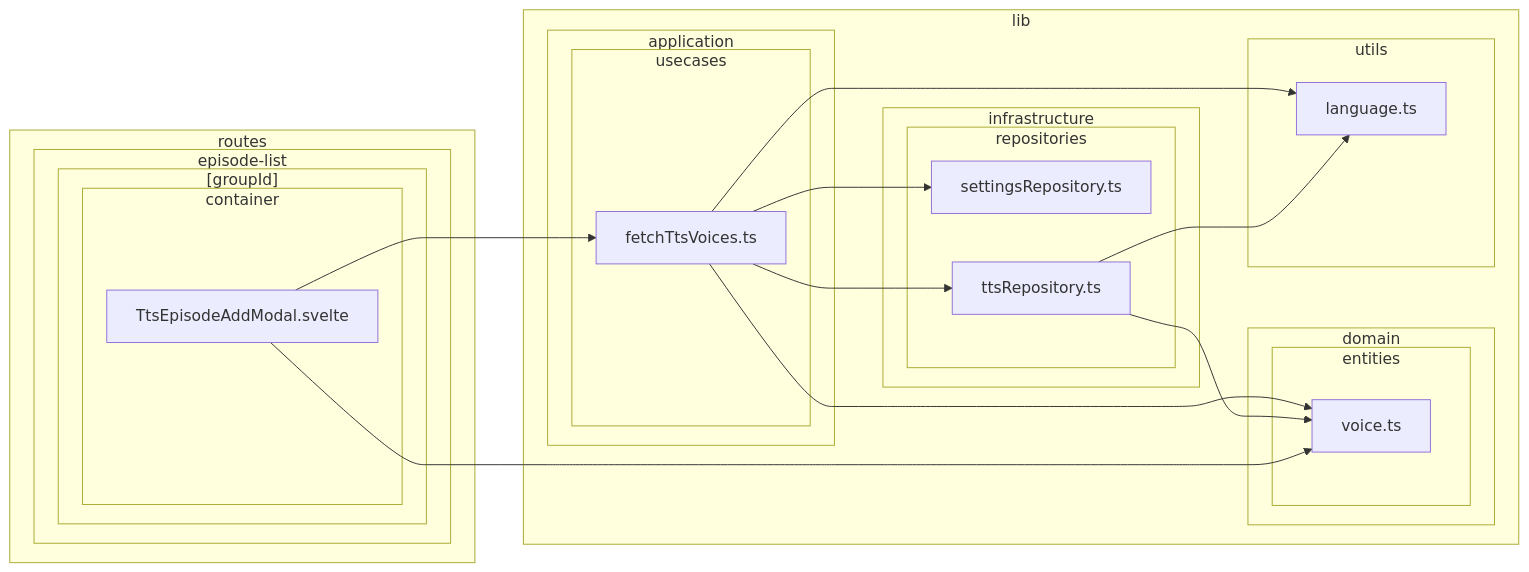
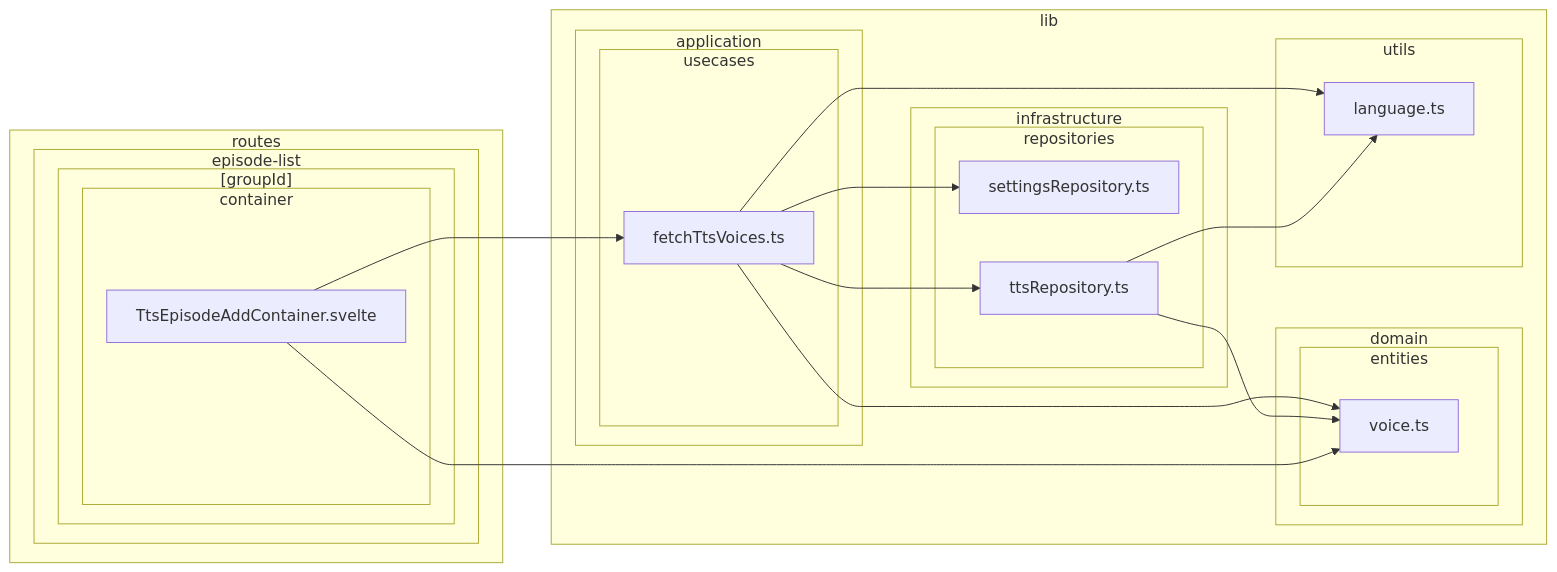
Before and after one commit to k5n/kotonoha: diagram 21 of 38 in doc/dependency-graph.md, drawn with Mermaid. The commit also changed other lines of this file and 5 other files, not shown here.

First line of the commit message:
refactor: replace modal components for episode addition with container components

````diff
--- a/doc/dependency-graph.md
+++ b/doc/dependency-graph.md
@@ -914,41 +914,41 @@
 ```mermaid
 graph LR
         subgraph sg_lib ["lib"]
             subgraph sg_lib_application ["application"]
                 subgraph sg_lib_application_usecases ["usecases"]
                     src_lib_application_usecases_fetchTtsVoices_ts["fetchTtsVoices.ts"]
                 end
             end
             subgraph sg_lib_domain ["domain"]
                 subgraph sg_lib_domain_entities ["entities"]
                     src_lib_domain_entities_voice_ts["voice.ts"]
                 end
             end
             subgraph sg_lib_infrastructure ["infrastructure"]
                 subgraph sg_lib_infrastructure_repositories ["repositories"]
                     src_lib_infrastructure_repositories_settingsRepository_ts["settingsRepository.ts"]
                     src_lib_infrastructure_repositories_ttsRepository_ts["ttsRepository.ts"]
                 end
             end
             subgraph sg_lib_utils ["utils"]
                 src_lib_utils_language_ts["language.ts"]
             end
         end
         subgraph sg_routes ["routes"]
             subgraph sg_routes_episode_list ["episode-list"]
                 subgraph sg_routes_episode_list__groupId_ ["[groupId]"]
                     subgraph sg_routes_episode_list__groupId__container ["container"]
-                        src_routes_episode_list__groupId__container_TtsEpisodeAddModal_svelte["TtsEpisodeAddModal.svelte"]
+                        src_routes_episode_list__groupId__container_TtsEpisodeAddContainer_svelte["TtsEpisodeAddContainer.svelte"]
                     end
                 end
             end
         end
     src_lib_application_usecases_fetchTtsVoices_ts --> src_lib_domain_entities_voice_ts
     src_lib_application_usecases_fetchTtsVoices_ts --> src_lib_infrastructure_repositories_settingsRepository_ts
     src_lib_application_usecases_fetchTtsVoices_ts --> src_lib_infrastructure_repositories_ttsRepository_ts
     src_lib_application_usecases_fetchTtsVoices_ts --> src_lib_utils_language_ts
     src_lib_infrastructure_repositories_ttsRepository_ts --> src_lib_domain_entities_voice_ts
     src_lib_infrastructure_repositories_ttsRepository_ts --> src_lib_utils_language_ts
-    src_routes_episode_list__groupId__container_TtsEpisodeAddModal_svelte --> src_lib_application_usecases_fetchTtsVoices_ts
-    src_routes_episode_list__groupId__container_TtsEpisodeAddModal_svelte --> src_lib_domain_entities_voice_ts
+    src_routes_episode_list__groupId__container_TtsEpisodeAddContainer_svelte --> src_lib_application_usecases_fetchTtsVoices_ts
+    src_routes_episode_list__groupId__container_TtsEpisodeAddContainer_svelte --> src_lib_domain_entities_voice_ts
 ```
````
